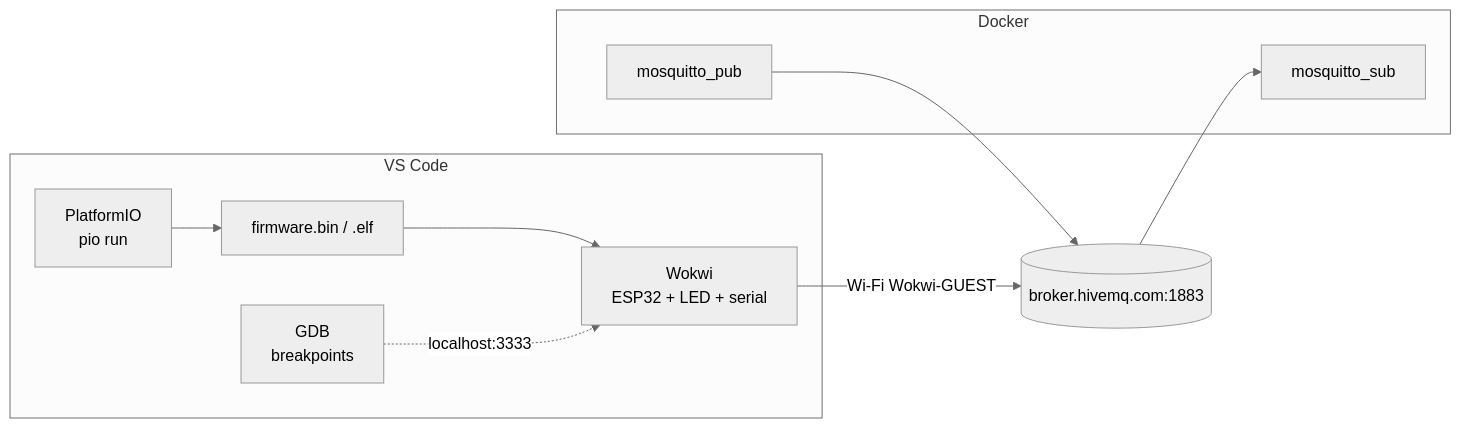
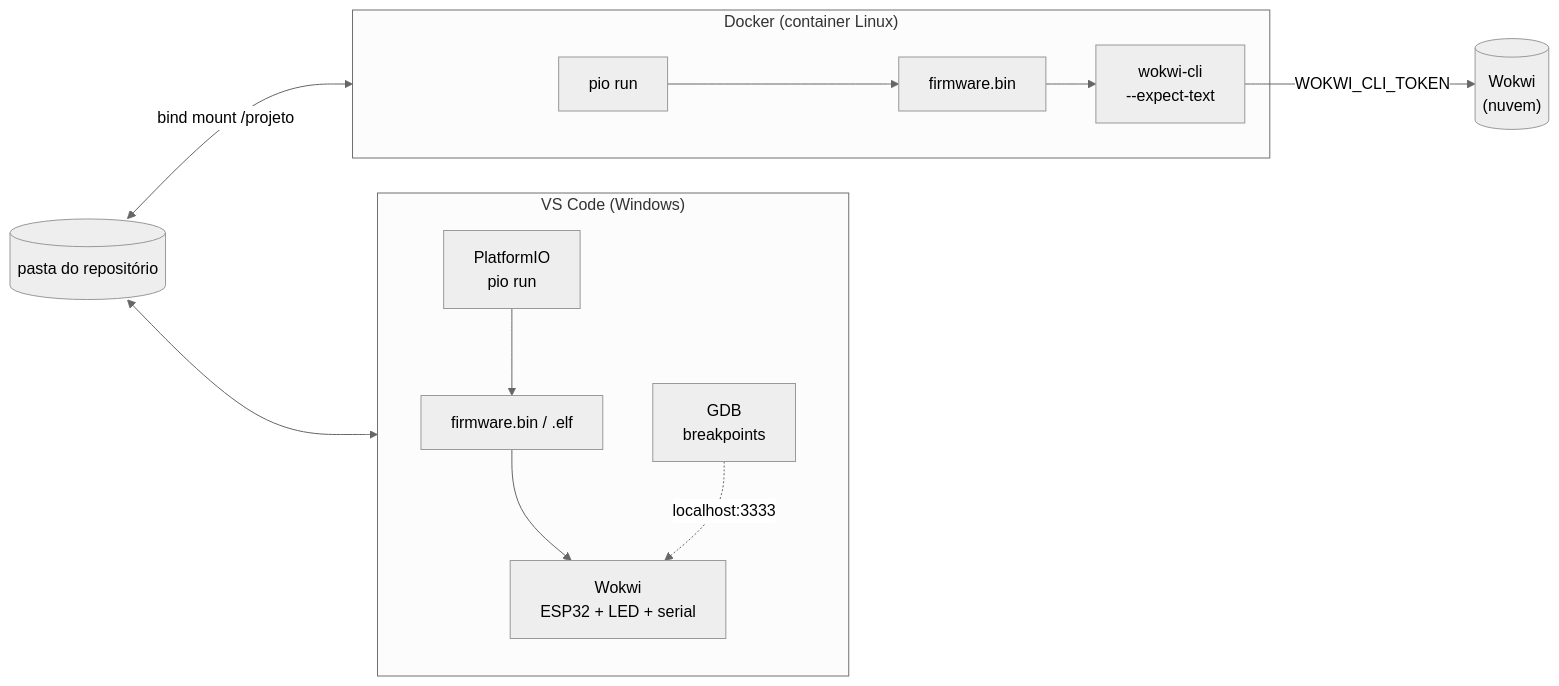
Before and after one commit to ruseleredu/iiot-docs: the first of 2 diagrams in labs-docs/LAB02.mdx, drawn with Mermaid (neutral theme). The commit also changed other lines of this file, not shown here.

First line of the commit message:
Replace MQTT tasks with containerized Wokwi

````diff
--- a/labs-docs/LAB02.mdx
+++ b/labs-docs/LAB02.mdx
@@ -41,15 +38,15 @@
 ```mermaid
 flowchart LR
-  subgraph VS["VS Code"]
+  subgraph VS["VS Code (Windows)"]
     PIO["PlatformIO<br/>pio run"] --> FW["firmware.bin / .elf"]
     FW --> WK["Wokwi<br/>ESP32 + LED + serial"]
     GDB["GDB<br/>breakpoints"] -. "localhost:3333" .-> WK
   end
-  WK -- "Wi-Fi Wokwi-GUEST" --> BRK[("broker.hivemq.com:1883")]
-  subgraph DK["Docker"]
-    SUB["mosquitto_sub"]
-    PUB["mosquitto_pub"]
+  subgraph DK["Docker (container Linux)"]
+    CPIO["pio run"] --> CFW["firmware.bin"]
+    CFW --> CLI["wokwi-cli<br/>--expect-text"]
   end
-  BRK --> SUB
-  PUB --> BRK
+  REPO[("pasta do repositório")] <-- "bind mount /projeto" --> DK
+  REPO <--> VS
+  CLI -- "WOKWI_CLI_TOKEN" --> CLOUD[("Wokwi<br/>(nuvem)")]
 ```
````
